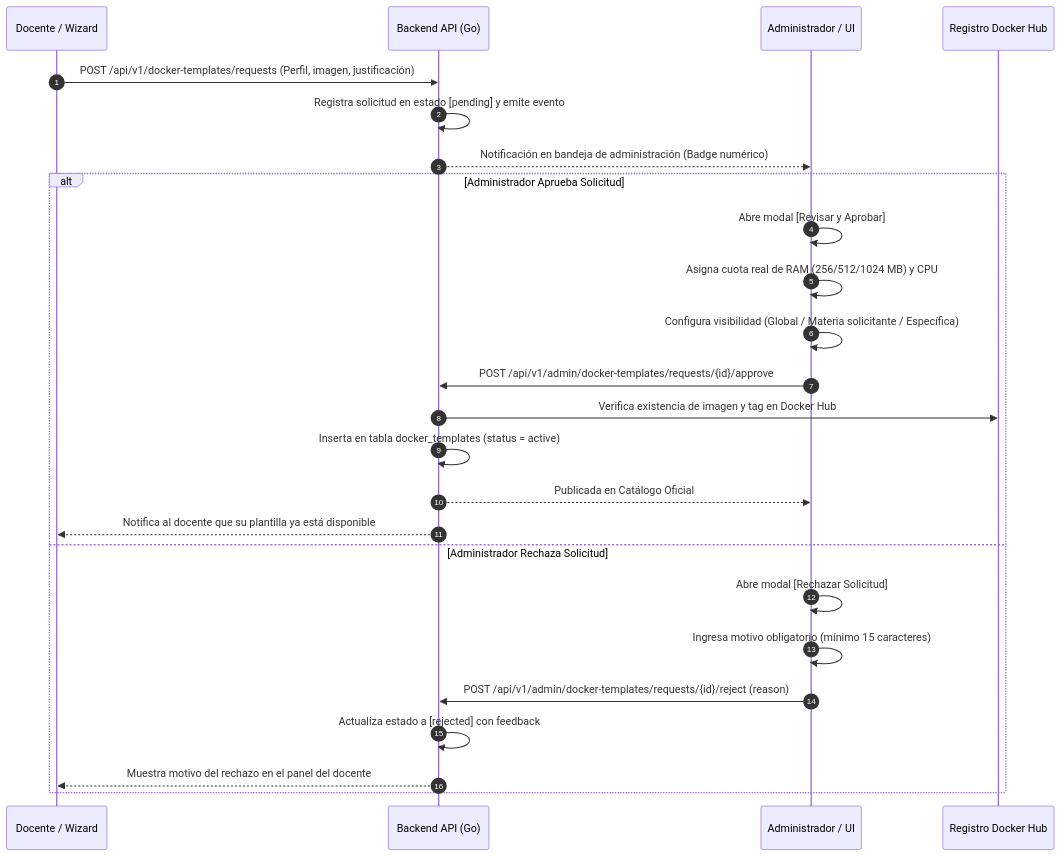
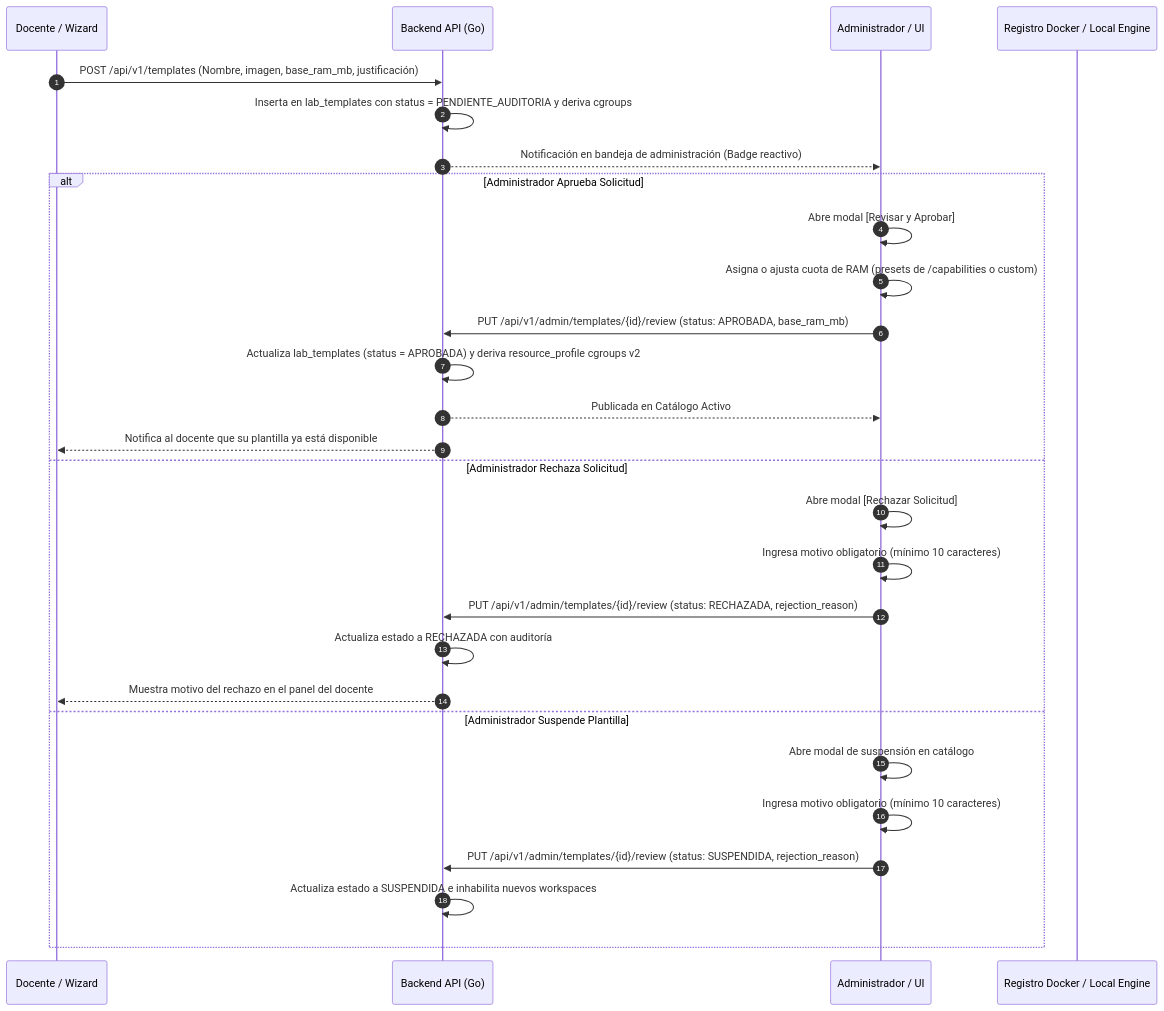
The diagram in docs/UI/ADMIN/PLANTILLAS_DOCKER.md (AlvaroRiveraCarhuani/SOLV_PG), drawn with Mermaid before and after one commit. The commit also changed other lines of this file and 1 other file, not shown here.

First line of the commit message:
docs(plantillas): sincronizar spec con rutas reales, estados v2, borradores en BD y biblioteca

````diff
--- a/docs/UI/ADMIN/PLANTILLAS_DOCKER.md
+++ b/docs/UI/ADMIN/PLANTILLAS_DOCKER.md
@@ -11,29 +11,32 @@
 ```mermaid
 sequenceDiagram
     autonumber
     participant D as Docente / Wizard
     participant B as Backend API (Go)
     participant A as Administrador / UI
-    participant R as Registro Docker Hub
+    participant R as Registro Docker / Local Engine
 
-    D->>B: POST /api/v1/docker-templates/requests (Perfil, imagen, justificación)
-    B->>B: Registra solicitud en estado [pending] y emite evento
-    B-->>A: Notificación en bandeja de administración (Badge numérico)
+    D->>B: POST /api/v1/templates (Nombre, imagen, base_ram_mb, justificación)
+    B->>B: Inserta en lab_templates con status = PENDIENTE_AUDITORIA y deriva cgroups
+    B-->>A: Notificación en bandeja de administración (Badge reactivo)
 
     alt Administrador Aprueba Solicitud
         A->>A: Abre modal [Revisar y Aprobar]
-        A->>A: Asigna cuota real de RAM (256/512/1024 MB) y CPU
-        A->>A: Configura visibilidad (Global / Materia solicitante / Específica)
-        A->>B: POST /api/v1/admin/docker-templates/requests/{id}/approve
-        B->>R: Verifica existencia de imagen y tag en Docker Hub
-        B->>B: Inserta en tabla docker_templates (status = active)
-        B-->>A: Publicada en Catálogo Oficial
+        A->>A: Asigna o ajusta cuota de RAM (presets de /capabilities o custom)
+        A->>B: PUT /api/v1/admin/templates/{id}/review (status: APROBADA, base_ram_mb)
+        B->>B: Actualiza lab_templates (status = APROBADA) y deriva resource_profile cgroups v2
+        B-->>A: Publicada en Catálogo Activo
         B-->>D: Notifica al docente que su plantilla ya está disponible
     else Administrador Rechaza Solicitud
         A->>A: Abre modal [Rechazar Solicitud]
-        A->>A: Ingresa motivo obligatorio (mínimo 15 caracteres)
-        A->>B: POST /api/v1/admin/docker-templates/requests/{id}/reject (reason)
-        B->>B: Actualiza estado a [rejected] con feedback
+        A->>A: Ingresa motivo obligatorio (mínimo 10 caracteres)
+        A->>B: PUT /api/v1/admin/templates/{id}/review (status: RECHAZADA, rejection_reason)
+        B->>B: Actualiza estado a RECHAZADA con auditoría
         B-->>D: Muestra motivo del rechazo en el panel del docente
+    else Administrador Suspende Plantilla
+        A->>A: Abre modal de suspensión en catálogo
+        A->>A: Ingresa motivo obligatorio (mínimo 10 caracteres)
+        A->>B: PUT /api/v1/admin/templates/{id}/review (status: SUSPENDIDA, rejection_reason)
+        B->>B: Actualiza estado a SUSPENDIDA e inhabilita nuevos workspaces
     end
 ```
````
